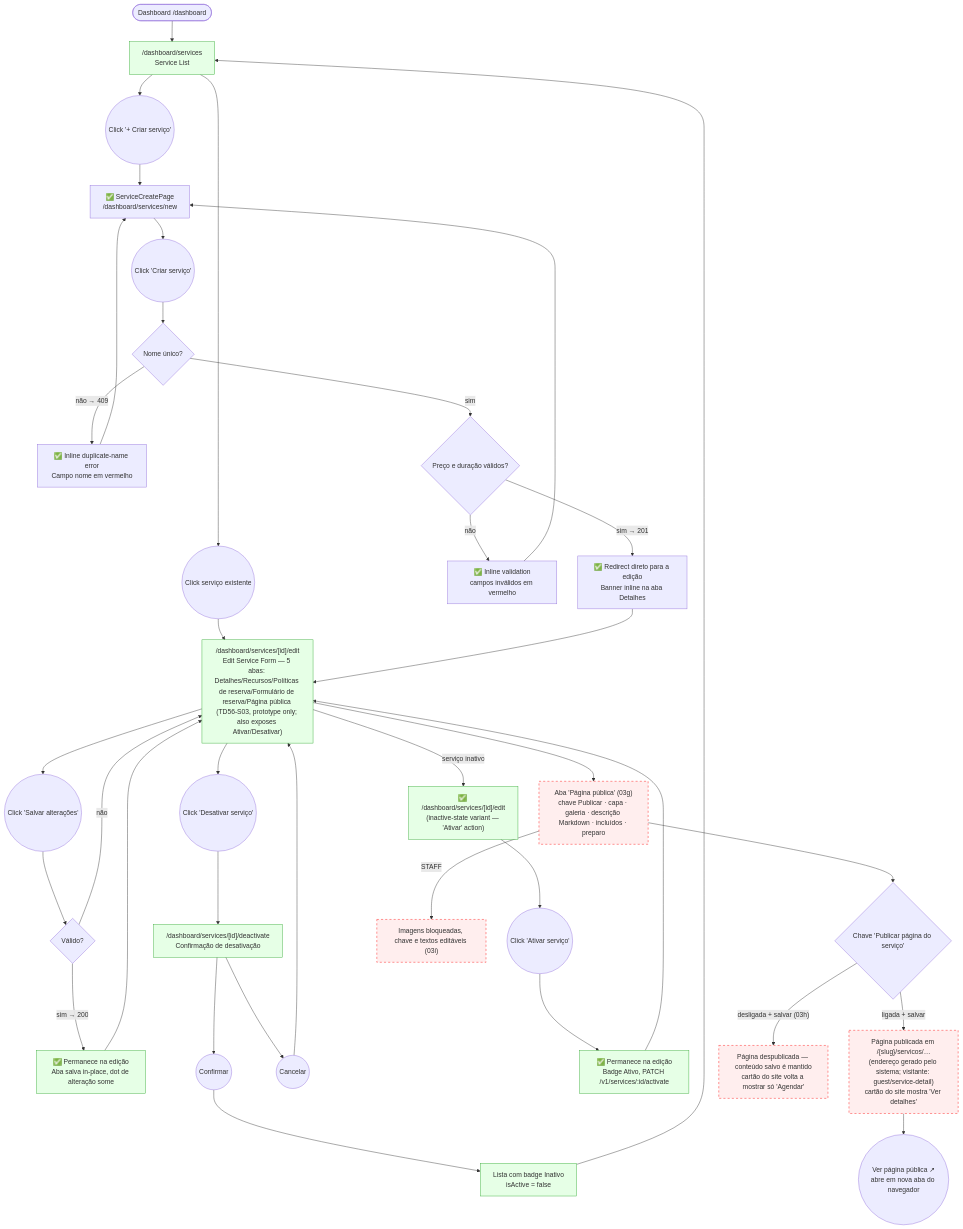
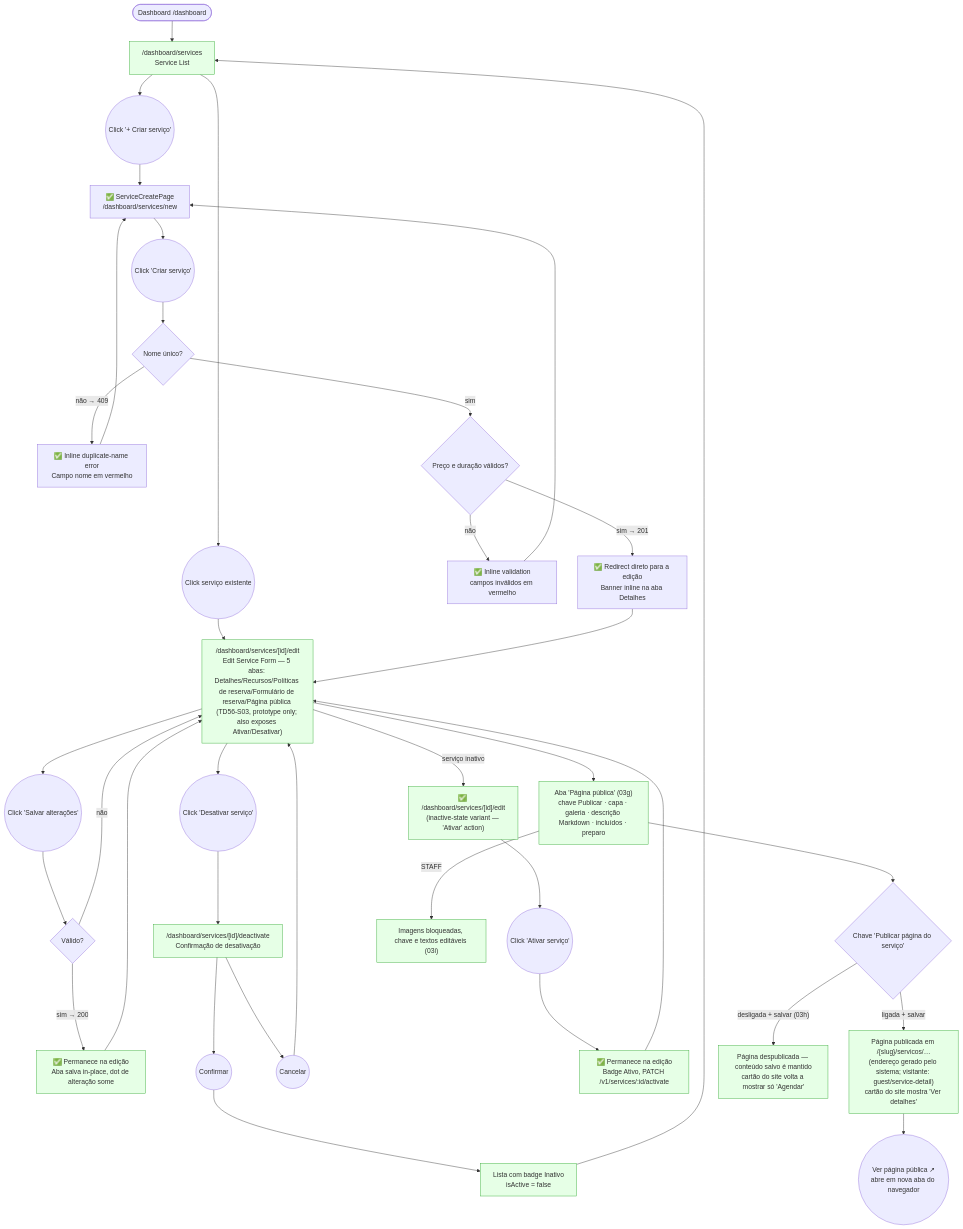
One commit to lmmoreira/ikaro changed the diagram in journeys/staff/servicos.md. Above: the diagram before and after it, drawn with Mermaid. The commit also changed other lines of this file and 130 other files, not shown here.

First line of the commit message:
feat(booking): service public page with publish switch, own tab and branded detail route (TD56-S03) (#661)

````diff
--- a/journeys/staff/servicos.md
+++ b/journeys/staff/servicos.md
@@ -10,56 +10,56 @@
 ```mermaid
 flowchart TD
     classDef existing fill:#e6ffe6,stroke:#3a3
     classDef gap stroke:#f00,stroke-dasharray: 5 5,fill:#fee
 
     Start(["Dashboard /dashboard"]) --> List["/dashboard/services<br/>Service List"]
 
     List --> CreateBtn(("Click '+ Criar serviço'"))
     List --> EditClick(("Click serviço existente"))
 
     %% UC-012 — Create
     CreateBtn --> CreateForm["✅ ServiceCreatePage<br/>/dashboard/services/new"]
     CreateForm --> CreateSubmit(("Click 'Criar serviço'"))
     CreateSubmit --> NameCheck{"Nome único?"}
     NameCheck -- "não → 409" --> NameError["✅ Inline duplicate-name error<br/>Campo nome em vermelho"]
     NameError --> CreateForm
     NameCheck -- "sim" --> PriceCheck{"Preço e duração válidos?"}
     PriceCheck -- "não" --> ValError["✅ Inline validation<br/>campos inválidos em vermelho"]
     ValError --> CreateForm
     PriceCheck -- "sim → 201" --> CreateSuccess["✅ Redirect direto para a edição<br/>Banner inline na aba Detalhes"]
 
     %% UC-013 — Edit
     EditClick --> EditForm["/dashboard/services/[id]/edit<br/>Edit Service Form — 5 abas: Detalhes/Recursos/Políticas de reserva/Formulário de reserva/Página pública (TD56-S03, prototype only; also exposes Ativar/Desativar)"]
     EditForm --> EditSubmit(("Click 'Salvar alterações'"))
     EditSubmit --> EditCheck{"Válido?"}
     EditCheck -- "não" --> EditForm
     EditCheck -- "sim → 200" --> EditSuccess["✅ Permanece na edição<br/>Aba salva in-place, dot de alteração some"]
 
     EditForm --> DeactivateBtn(("Click 'Desativar serviço'"))
     DeactivateBtn --> DeactivateConfirm["/dashboard/services/[id]/deactivate<br/>Confirmação de desativação"]
     DeactivateConfirm --> ConfirmYes(("Confirmar"))
     DeactivateConfirm --> ConfirmNo(("Cancelar"))
     ConfirmYes --> DeactivateSuccess["Lista com badge Inativo<br/>isActive = false"]
     ConfirmNo --> EditForm
 
     %% UC-013 A4 — Reactivate (inactive service)
     EditForm -- "serviço inativo" --> InactiveEdit["✅ /dashboard/services/[id]/edit<br/>(inactive-state variant — 'Ativar' action)"]
     InactiveEdit --> ActivateBtn(("Click 'Ativar serviço'"))
     ActivateBtn --> ActivateSuccess["✅ Permanece na edição<br/>Badge Ativo, PATCH /v1/services/:id/activate"]
 
     %% UC-013 A5 — Public service page (TD56-S03)
     EditForm --> PublicTab["Aba 'Página pública' (03g)<br/>chave Publicar · capa · galeria · descrição Markdown · incluídos · preparo"]
     PublicTab --> PublishToggle{"Chave 'Publicar página do serviço'"}
     PublishToggle -- "ligada + salvar" --> PublicLive["Página publicada em /{slug}/servicos/…<br/>(endereço gerado pelo sistema; visitante: guest/service-detail)<br/>cartão do site mostra 'Ver detalhes'"]
     PublishToggle -- "desligada + salvar (03h)" --> Unpublished["Página despublicada — conteúdo salvo é mantido<br/>cartão do site volta a mostrar só 'Agendar'"]
     PublicLive --> ViewLink(("Ver página pública ↗<br/>abre em nova aba do navegador"))
     PublicTab -- "STAFF" --> StaffLocked["Imagens bloqueadas, chave e textos editáveis (03i)"]
 
     CreateSuccess --> EditForm
     EditSuccess --> EditForm
     DeactivateSuccess --> List
     ActivateSuccess --> EditForm
 
     class List,EditForm,DeactivateConfirm,EditSuccess,DeactivateSuccess,InactiveEdit,ActivateSuccess existing
-    class PublicTab,PublicLive,Unpublished,StaffLocked gap
+    class PublicTab,PublicLive,Unpublished,StaffLocked existing
 ```
````
